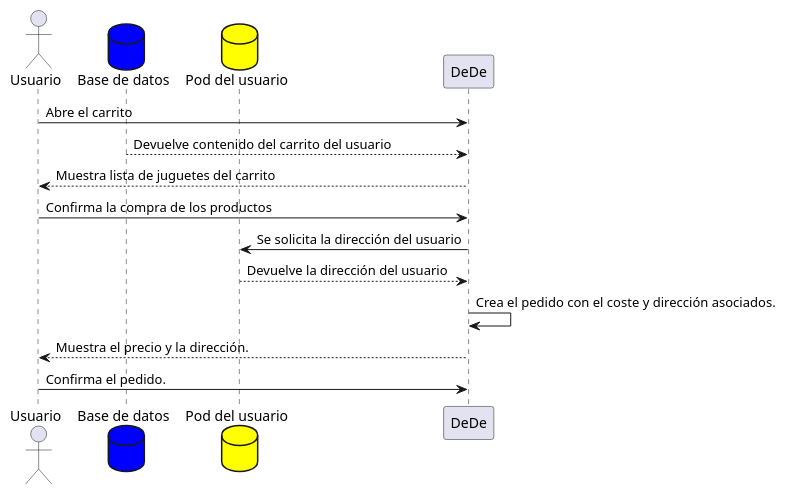
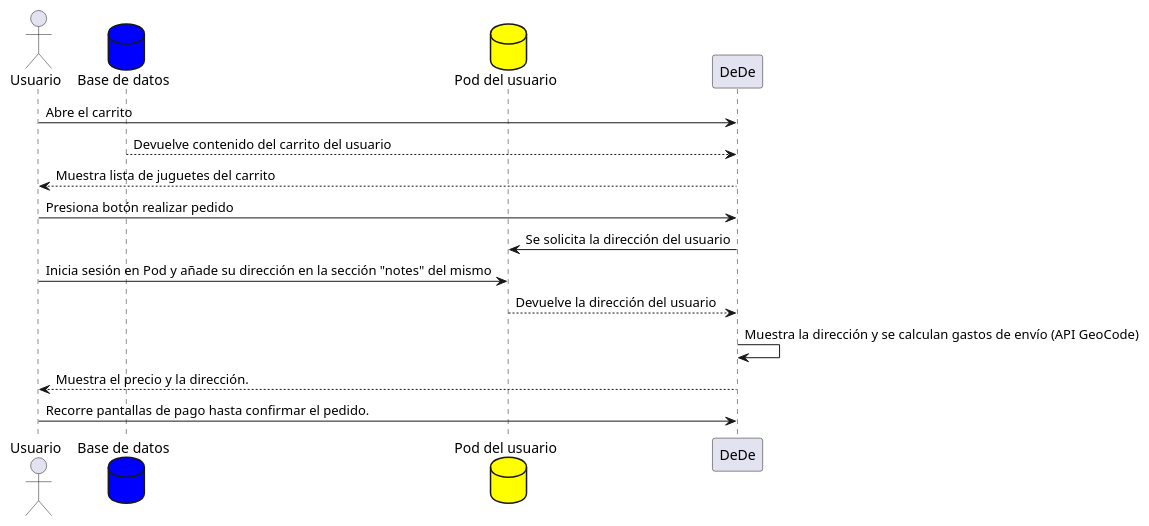
The second of 7 diagrams in docs/06_runtime_view.adoc (Arquisoft/dede_es2a), drawn with PlantUML before and after one commit.

Commit message:
Actualizado punto 6 de la documentación
Actualizado diagrama de secuencia de comprar productos

```diff
--- a/docs/06_runtime_view.adoc
+++ b/docs/06_runtime_view.adoc
@@ -50,15 +50,16 @@
 [plantuml,"ComprarProducto",png]
 ----
 actor Usuario
 database BaseDeDatos as "Base de datos" #blue
 database Pod as "Pod del usuario" #yellow
 Usuario -> DeDe: Abre el carrito
 DeDe <-- BaseDeDatos: Devuelve contenido del carrito del usuario
 Usuario <-- DeDe: Muestra lista de juguetes del carrito
-Usuario -> DeDe: Confirma la compra de los productos
+Usuario -> DeDe: Presiona botón realizar pedido
 DeDe -> Pod: Se solicita la dirección del usuario
+Usuario -> Pod: Inicia sesión en Pod y añade su dirección en la sección "notes" del mismo
 DeDe <-- Pod: Devuelve la dirección del usuario
-DeDe -> DeDe: Crea el pedido con el coste y dirección asociados.
+DeDe -> DeDe: Muestra la dirección y se calculan gastos de envío (API GeoCode)
 Usuario <-- DeDe: Muestra el precio y la dirección.
-Usuario -> DeDe: Confirma el pedido.
+Usuario -> DeDe: Recorre pantallas de pago hasta confirmar el pedido.
 ----
```
